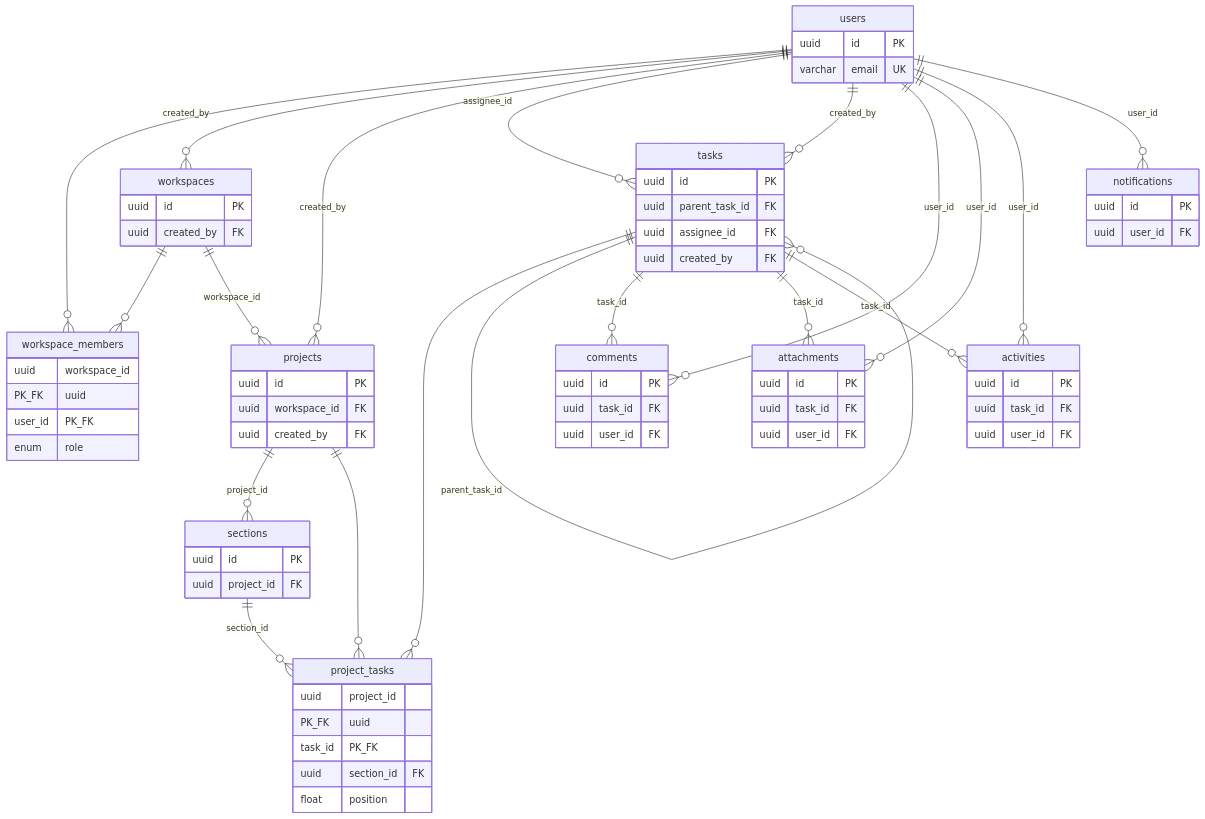
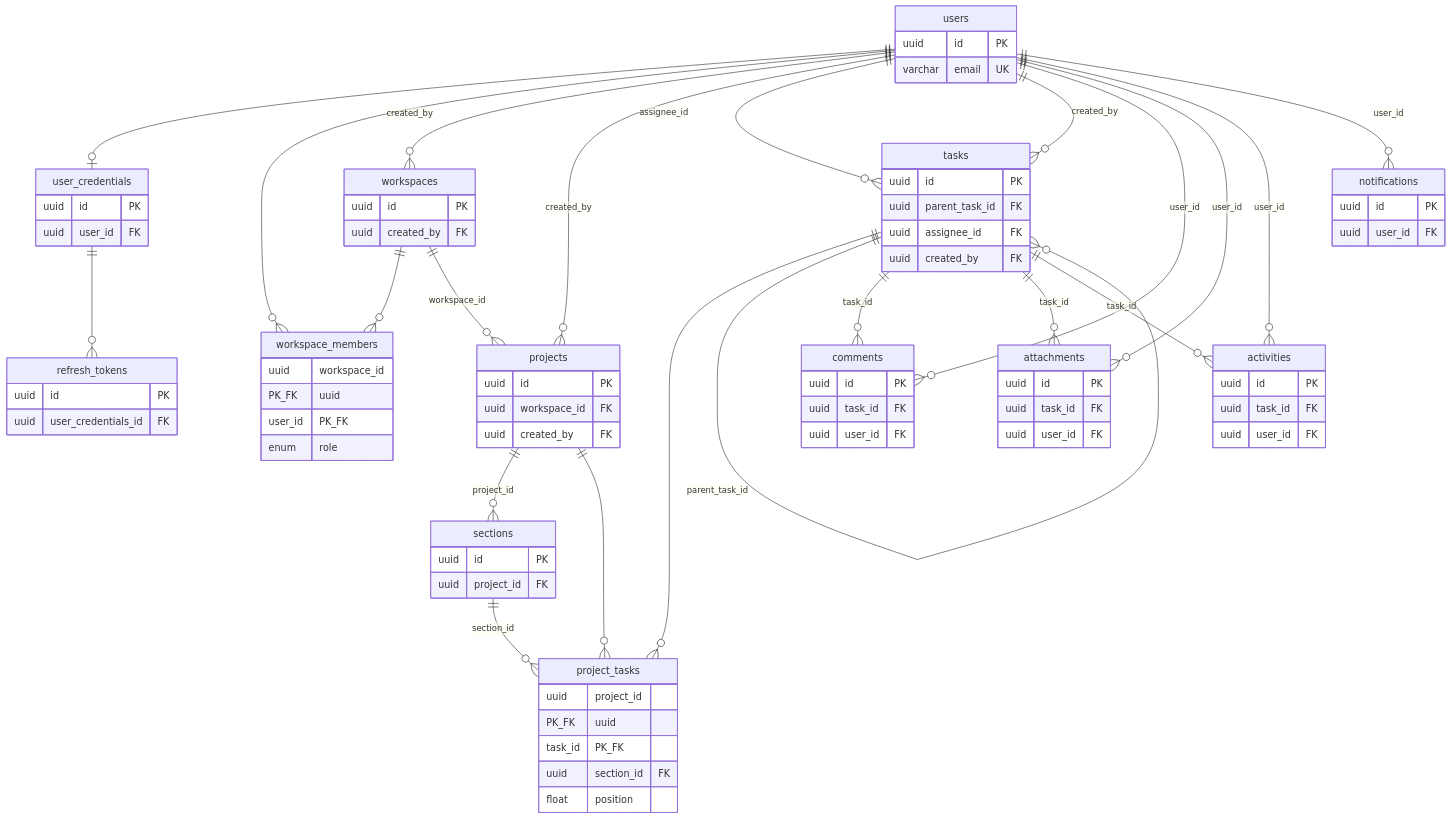
Before and after one commit to alxdrsmirnov/task-tracker-backend: the diagram in docs/architecture.md, drawn with Mermaid. The commit also changed other lines of this file and 10 other files, not shown here.

````diff
--- a/docs/architecture.md
+++ b/docs/architecture.md
@@ -105,5 +114,6 @@
 ```mermaid
 erDiagram
+    users ||--o| user_credentials : ""
     users ||--o{ workspace_members : ""
     workspaces ||--o{ workspace_members : ""
     users ||--o{ workspaces : "created_by"
@@ -123,10 +133,19 @@
     tasks ||--o{ activities : "task_id"
     users ||--o{ activities : "user_id"
     users ||--o{ notifications : "user_id"
+    user_credentials ||--o{ refresh_tokens : ""
 
     users {
         uuid id PK
         varchar email UK
+    }
+    user_credentials {
+        uuid id PK
+        uuid user_id FK
+    }
+    refresh_tokens {
+        uuid id PK
+        uuid user_credentials_id FK
     }
     workspaces {
         uuid id PK
````
